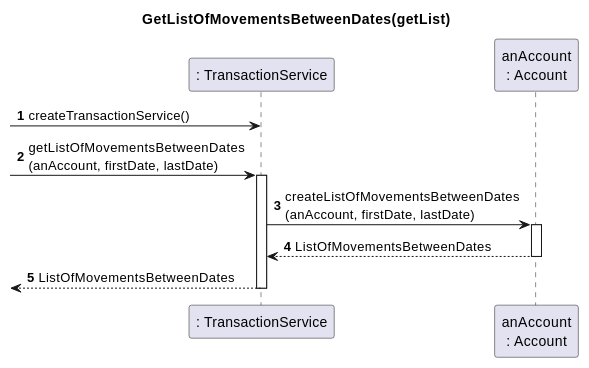
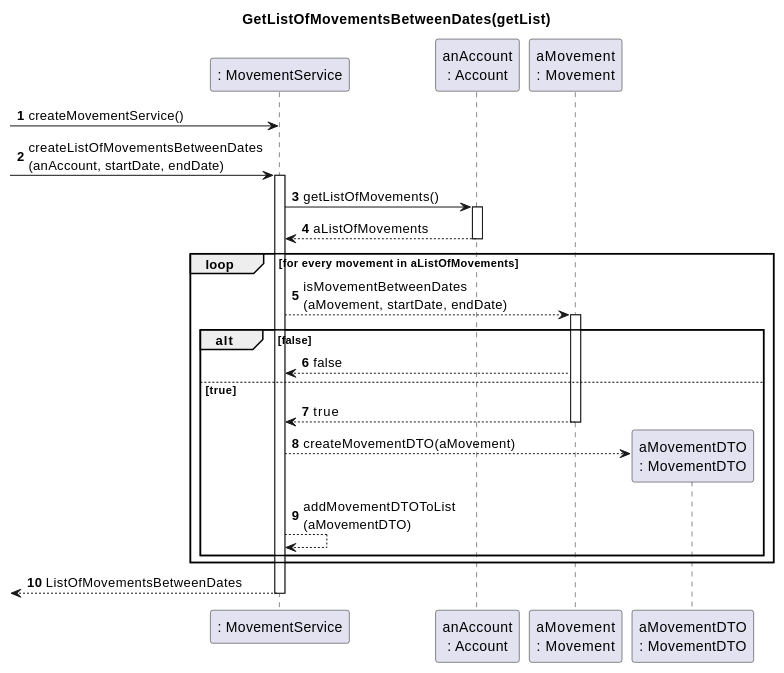
The third of 4 diagrams in docs/sprint2/user_stories/US186_GetListOfMovementsBetweenDates.md (tomas-osswald/switch_2020_g3), drawn with PlantUML before and after one commit. The commit also changed other lines of this file, not shown here.

`````diff
--- a/docs/sprint2/user_stories/US186_GetListOfMovementsBetweenDates.md
+++ b/docs/sprint2/user_stories/US186_GetListOfMovementsBetweenDates.md
@@ -140,20 +130,35 @@
 ````puml
 autonumber
 
 title GetListOfMovementsBetweenDates(getList)
 
-participant ": TransactionService" as TransactionService
+participant ": MovementService" as MovementService
 participant "anAccount\n: Account" as Account
+participant "aMovement\n: Movement" as Movement
+participant "aMovementDTO\n: MovementDTO" as MovementDTO
 
--> TransactionService ** : createTransactionService()
--> TransactionService : getListOfMovementsBetweenDates\n(anAccount, firstDate, lastDate)
-activate TransactionService
+-> MovementService ** : createMovementService()
+-> MovementService : createListOfMovementsBetweenDates\n(anAccount, startDate, endDate)
+activate MovementService
 
-TransactionService -> Account : createListOfMovementsBetweenDates\n(anAccount, firstDate, lastDate)
+MovementService -> Account : getListOfMovements()
 activate Account
-Account --> TransactionService : ListOfMovementsBetweenDates
+Account --> MovementService : aListOfMovements
 deactivate Account
 
-<-- TransactionService : ListOfMovementsBetweenDates
-deactivate TransactionService
+loop for every movement in aListOfMovements
+MovementService --> Movement : isMovementBetweenDates\n(aMovement, startDate, endDate)
+activate Movement
+alt false
+Movement --> MovementService : false
+else true
+Movement --> MovementService : true
+deactivate Movement
+MovementService --> MovementDTO ** : createMovementDTO(aMovement)
+MovementService --> MovementService : addMovementDTOToList\n(aMovementDTO)
+end
+end
+
+<-- MovementService : ListOfMovementsBetweenDates
+deactivate MovementService
 ````
`````
